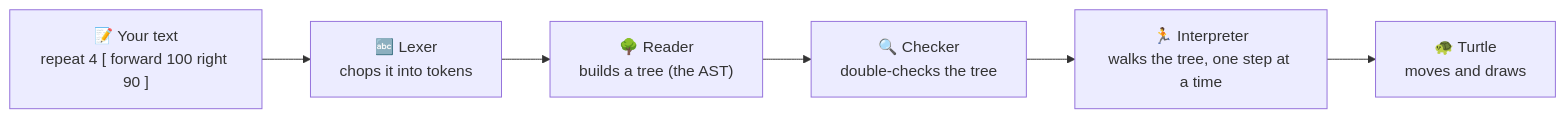
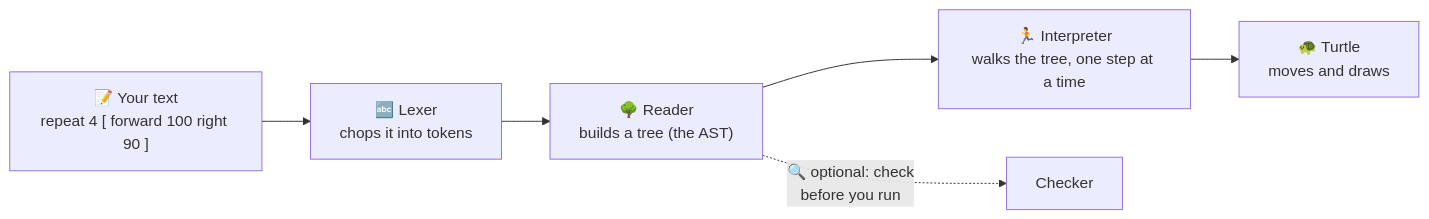
The diagram in docs/learn-how-its-built/01-the-big-picture.md (pmalarme/open-logo), drawn with Mermaid before and after one commit. The commit also changed other lines of this file and 1 other file, not shown here.

````diff
--- a/docs/learn-how-its-built/01-the-big-picture.md
+++ b/docs/learn-how-its-built/01-the-big-picture.md
@@ -12,8 +13,8 @@
 ```mermaid
 flowchart LR
   A["📝 Your text<br/>repeat 4 [ forward 100 right 90 ]"] --> B["🔤 Lexer<br/>chops it into tokens"]
   B --> C["🌳 Reader<br/>builds a tree (the AST)"]
-  C --> F["🔍 Checker<br/>double-checks the tree"]
-  F --> D["🏃 Interpreter<br/>walks the tree, one step at a time"]
+  C --> D["🏃 Interpreter<br/>walks the tree, one step at a time"]
   D --> E["🐢 Turtle<br/>moves and draws"]
+  C -.->|"🔍 optional: check<br/>before you run"| F["Checker"]
 ```
````
